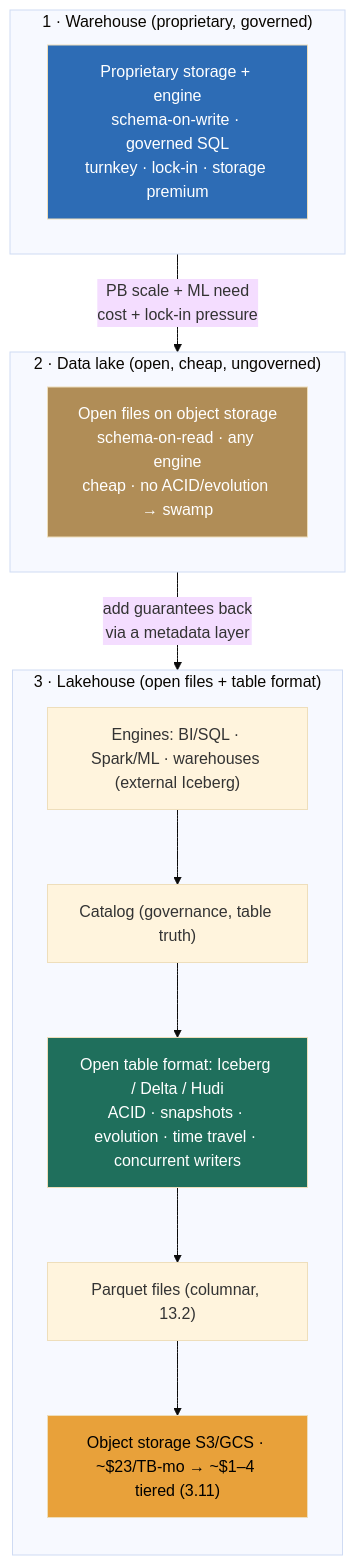
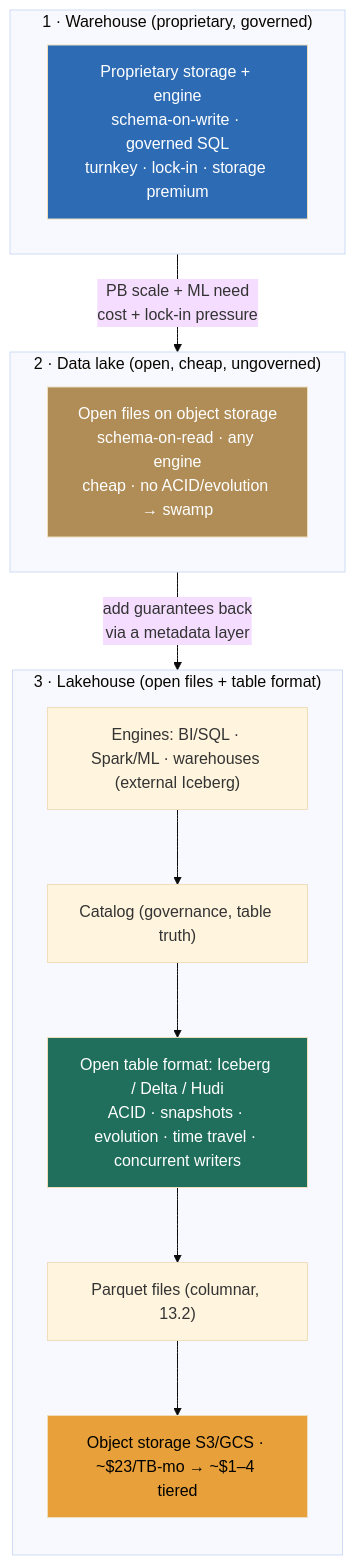
One commit to hkrathore/sysdesign-course changed the diagram in src/content/docs/module-13/lesson-13-3.md. Above: the diagram before and after it, drawn with Mermaid (base theme). The commit also changed other lines of this file and 146 other files, not shown here.

````diff
--- a/src/content/docs/module-13/lesson-13-3.md
+++ b/src/content/docs/module-13/lesson-13-3.md
@@ -54,24 +54,24 @@
 ```mermaid
 flowchart TB
     subgraph WH["1 · Warehouse (proprietary, governed)"]
       W["Proprietary storage + engine<br/>schema-on-write · governed SQL<br/>turnkey · lock-in · storage premium"]
     end
     subgraph LK["2 · Data lake (open, cheap, ungoverned)"]
       L["Open files on object storage<br/>schema-on-read · any engine<br/>cheap · no ACID/evolution → swamp"]
     end
     subgraph LH["3 · Lakehouse (open files + table format)"]
       direction TB
       ENG["Engines: BI/SQL · Spark/ML · warehouses (external Iceberg)"]
       CAT["Catalog (governance, table truth)"]
       TF["Open table format: Iceberg / Delta / Hudi<br/>ACID · snapshots · evolution · time travel · concurrent writers"]
       PQ["Parquet files (columnar, 13.2)"]
-      OBJ["Object storage S3/GCS · ~$23/TB-mo → ~$1–4 tiered (3.11)"]
+      OBJ["Object storage S3/GCS · ~$23/TB-mo → ~$1–4 tiered"]
       ENG --> CAT --> TF --> PQ --> OBJ
     end
     WH -->|"PB scale + ML need<br/>cost + lock-in pressure"| LK
     LK -->|"add guarantees back<br/>via a metadata layer"| LH
     style W fill:#2d6cb5,color:#fff
     style L fill:#b08d57,color:#fff
     style TF fill:#1f6f5c,color:#fff
     style OBJ fill:#e8a13a,color:#000
 ```
````
